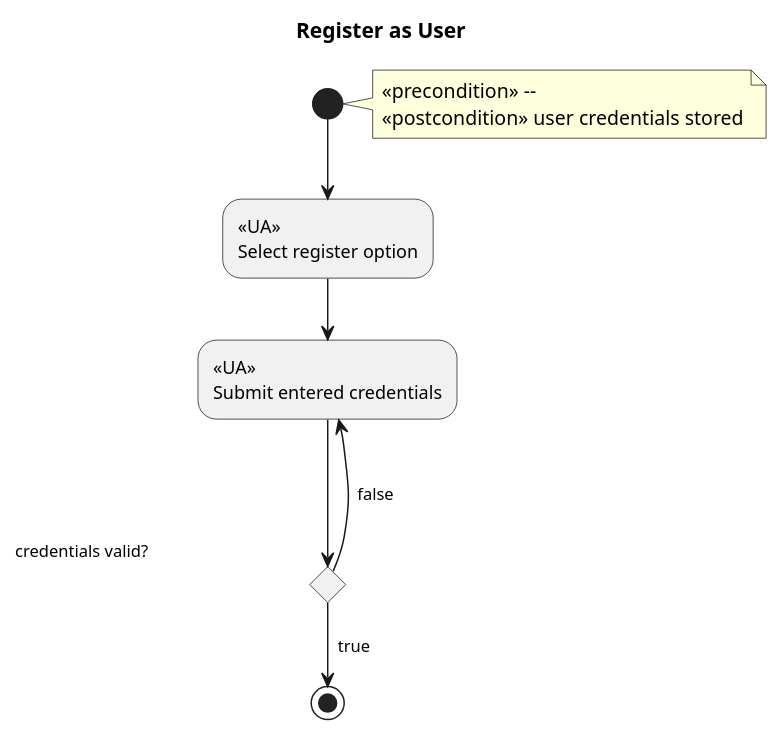
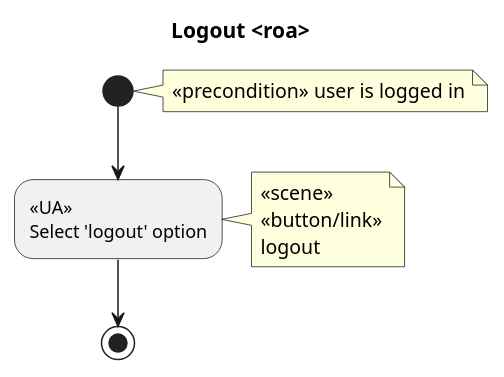
One commit to bzg/worg changed the fourth of 4 diagrams in org-contrib/gsoc2012/student-projects/bugpile/i.org. Above: the diagram before and after it, drawn with PlantUML. The commit also changed other lines of this file and 2 other files, not shown here.

Commit message:
[gsoc12] login and logout requiements oriented activities written in i.org.

```diff
--- a/org-contrib/gsoc2012/student-projects/bugpile/i.org
+++ b/org-contrib/gsoc2012/student-projects/bugpile/i.org
@@ -761,11 +747,7 @@
 #+begin_src plantuml :file ../../../../images/gsoc/2012/bugpile/logout-uml-roa.png 
-  title Register as User
-  note right: <<precondition>> -- \n<<postcondition>> user credentials stored
-  (*) -->  "<<UA>>\nSelect register option"
-  --> "<<UA>>\nSubmit entered credentials"
-  if "credentials valid?                                   " then
-    --> [  true]  (*)
-  else
-    ---> [  false] "<<UA>>\nSubmit entered credentials"
-  endif
+  title Logout <roa>
+  note right: <<precondition>> user is logged in
+  (*) --> "<<UA>>\nSelect 'logout' option"
+  note right: <<scene>>\n<<button/link>>\nlogout
+  --> (*)
 #+end_src
```
